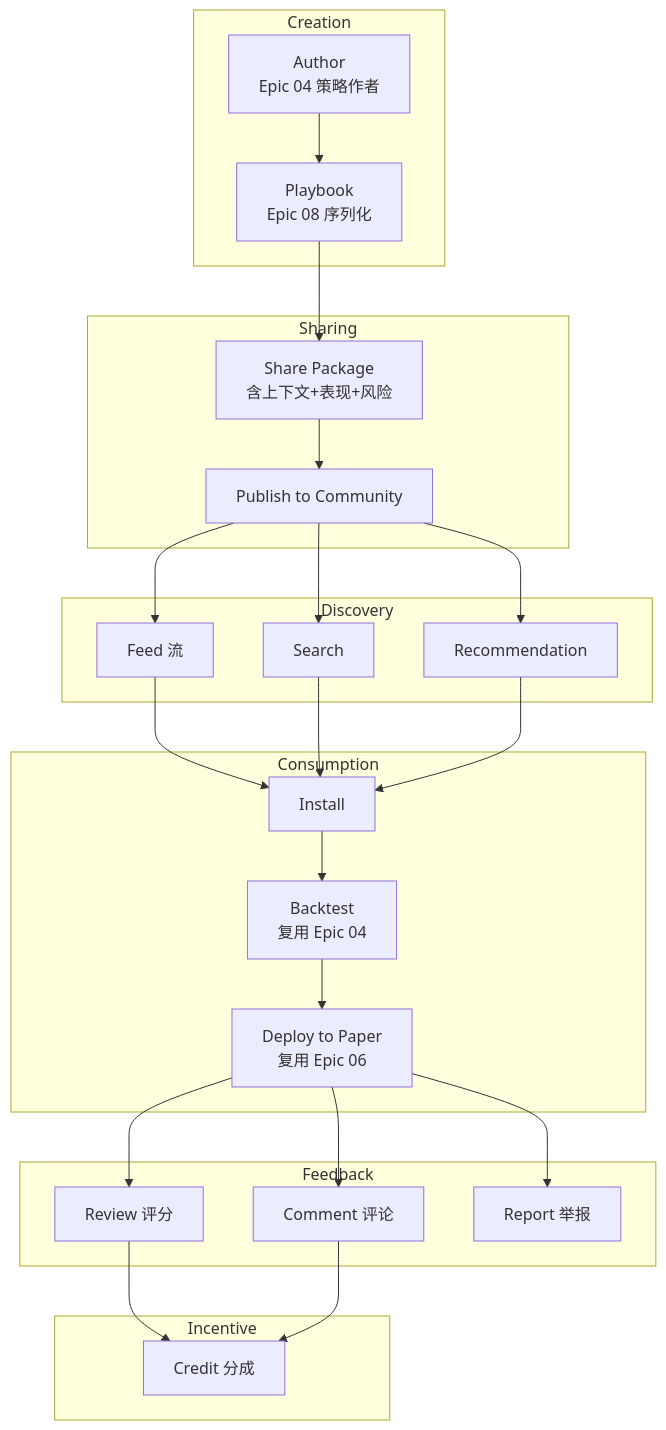
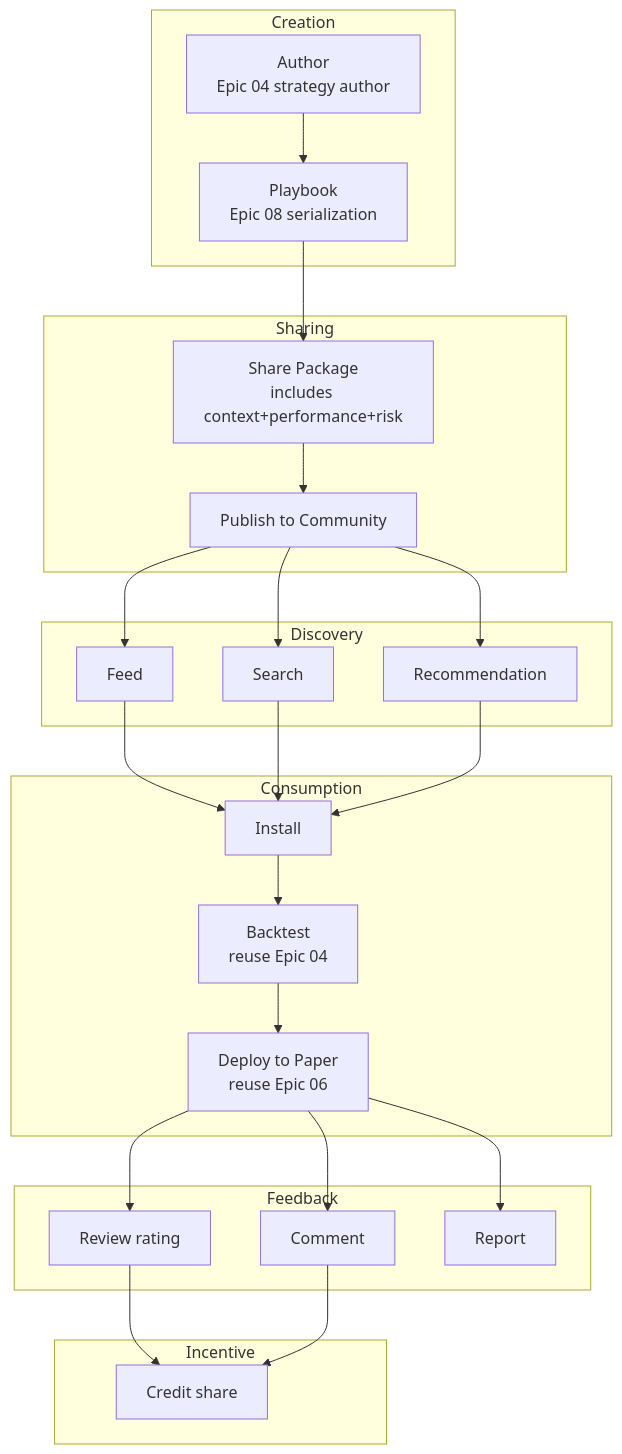
Before and after one commit to ZedeX/nova-invest: the diagram in docs/prd/epic/07_Share_Community.md, drawn with Mermaid. The commit also changed other lines of this file and 42 other files, not shown here.

````diff
--- a/docs/prd/epic/07_Share_Community.md
+++ b/docs/prd/epic/07_Share_Community.md
@@ -49,36 +49,36 @@
 ```mermaid
 flowchart TB
     subgraph "Creation"
-        AU[Author<br/>Epic 04 策略作者] --> PB[Playbook<br/>Epic 08 序列化]
+        AU[Author<br/>Epic 04 strategy author] --> PB[Playbook<br/>Epic 08 serialization]
     end
 
     subgraph "Sharing"
-        PB --> SP[Share Package<br/>含上下文+表现+风险]
+        PB --> SP[Share Package<br/>includes context+performance+risk]
         SP --> PUB[Publish to Community]
     end
 
     subgraph "Discovery"
-        PUB --> F[Feed 流]
+        PUB --> F[Feed]
         PUB --> S[Search]
         PUB --> R[Recommendation]
     end
 
     subgraph "Consumption"
         F --> IN[Install]
         S --> IN
         R --> IN
-        IN --> BAK[Backtest<br/>复用 Epic 04]
-        BAK --> DEP[Deploy to Paper<br/>复用 Epic 06]
+        IN --> BAK[Backtest<br/>reuse Epic 04]
+        BAK --> DEP[Deploy to Paper<br/>reuse Epic 06]
     end
 
     subgraph "Feedback"
-        DEP --> RV[Review 评分]
-        DEP --> CM[Comment 评论]
-        DEP --> RP[Report 举报]
+        DEP --> RV[Review rating]
+        DEP --> CM[Comment]
+        DEP --> RP[Report]
     end
 
     subgraph "Incentive"
-        RV --> CR[Credit 分成]
+        RV --> CR[Credit share]
         CM --> CR
     end
 ```
````
